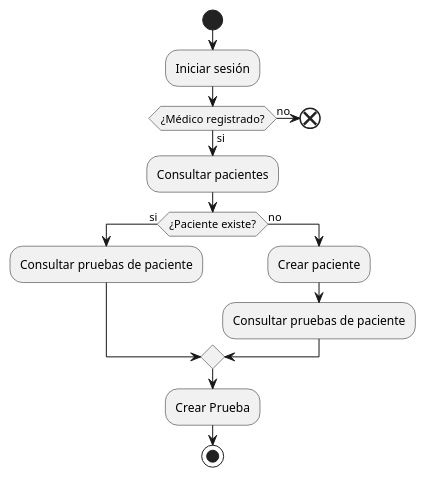
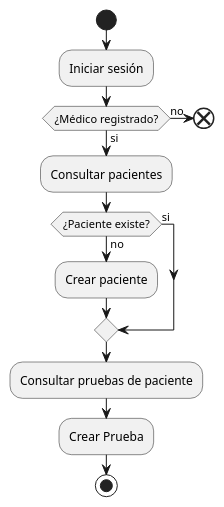
One commit to TFG-SGM/memoria changed the fifth of 5 diagrams in templateAPP/input/appendices/03_diagramas.md. Above: the diagram before and after it, drawn with PlantUML. The commit also changed other lines of this file and 44 other files, not shown here.

Commit message:
add prototype and diagrams

````diff
--- a/templateAPP/input/appendices/03_diagramas.md
+++ b/templateAPP/input/appendices/03_diagramas.md
@@ -281,25 +183,25 @@
 ```{.plantuml #anexo3:diagrama-actividad-crear-prueba caption="Diagrama de actividad para crear una prueba" frame=single}
 @startuml
 start
 :Iniciar sesión;
 
 if (¿Médico registrado?) then (si)
   :Consultar pacientes;
 
   if (¿Paciente existe?) then (si)
-    :Consultar pruebas de paciente;
 
   else (no)
     :Crear paciente;
+  endif
+
     :Consultar pruebas de paciente;
-  endif
 
   :Crear Prueba;
 
 else (no)
   end
 endif
 
 stop
 @enduml
 ```
````
